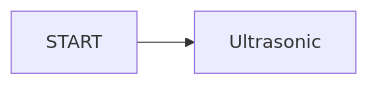
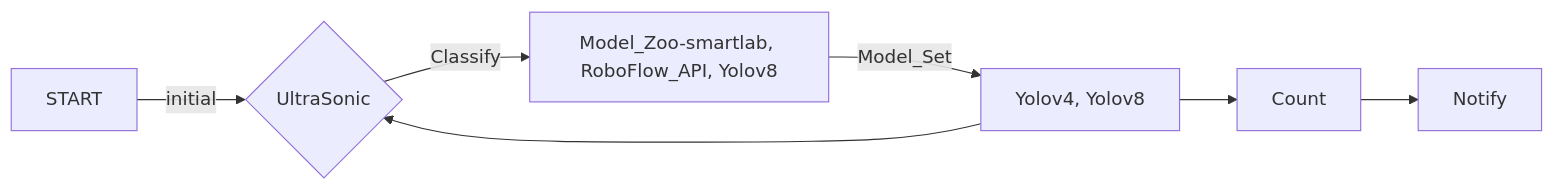
One commit to dslee21314/raspberrypi_project changed the diagram in README.md. Above: the diagram before and after it, drawn with Mermaid. The commit also changed other lines of this file, not shown here.

````diff
--- a/README.md
+++ b/README.md
@@ -12,4 +12,10 @@
 ```mermaid
 flowchart LR
-A[START] --> B[Ultrasonic]
+    A[START] -->|initial| B{UltraSonic}
+    B
+    B -->|Classify| C[Model_Zoo-smartlab, RoboFlow_API, Yolov8]
+    C -->|Model_Set| D[Yolov4, Yolov8]
+    D -->B
+    D --> E[Count]
+    E --> F[Notify]
 ```
````
